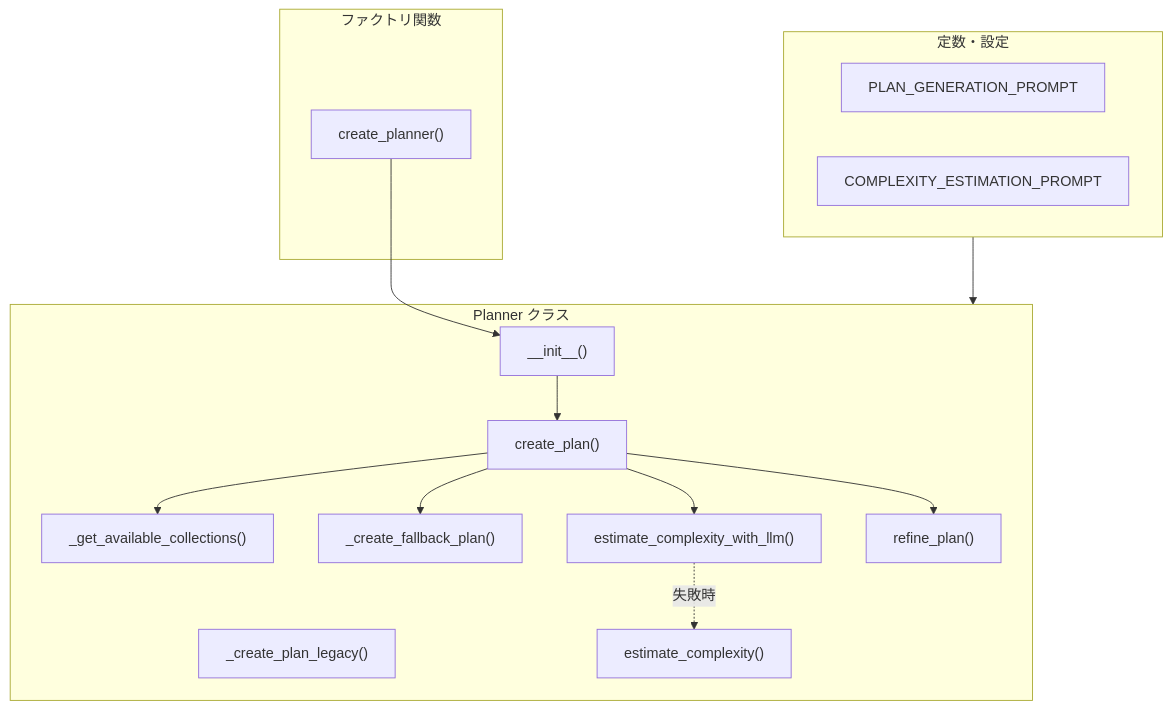
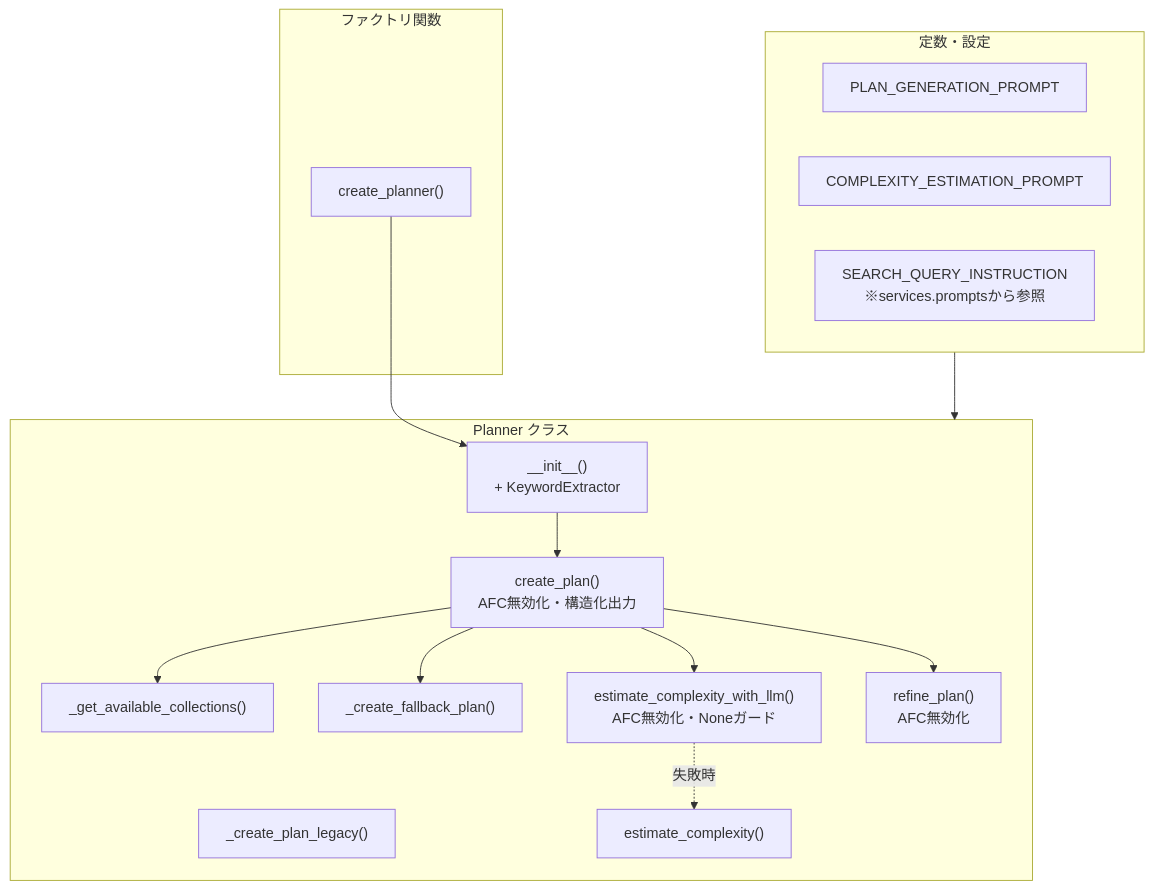
The second of 3 diagrams in grace/doc/planner.md (nakashima2toshio/gemini_grace_agent), drawn with Mermaid before and after one commit. The commit also changed other lines of this file and 26 other files, not shown here.

````diff
--- a/grace/doc/planner.md
+++ b/grace/doc/planner.md
@@ -116,31 +127,32 @@
 ```mermaid
 flowchart TB
     subgraph CONST["定数・設定"]
         PROMPT[PLAN_GENERATION_PROMPT]
         COMPLEXITY[COMPLEXITY_ESTIMATION_PROMPT]
+        SEARCH_INST[SEARCH_QUERY_INSTRUCTION\n※services.promptsから参照]
     end
 
     subgraph PLANNER["Planner クラス"]
-        INIT["__init__()"]
-        CREATE["create_plan()"]
+        INIT["__init__()\n+ KeywordExtractor"]
+        CREATE["create_plan()\nAFC無効化・構造化出力"]
         LEGACY["_create_plan_legacy()"]
         GET_COLL["_get_available_collections()"]
         FALLBACK["_create_fallback_plan()"]
         EST["estimate_complexity()"]
-        EST_LLM["estimate_complexity_with_llm()"]
-        REFINE["refine_plan()"]
+        EST_LLM["estimate_complexity_with_llm()\nAFC無効化・Noneガード"]
+        REFINE["refine_plan()\nAFC無効化"]
     end
 
     subgraph FACTORY_GRP["ファクトリ関数"]
         CREATE_P["create_planner()"]
     end
 
     CONST --> PLANNER
     CREATE_P --> INIT
     INIT --> CREATE
     CREATE --> EST_LLM
     CREATE --> GET_COLL
     CREATE --> FALLBACK
     EST_LLM -.->|失敗時| EST
     CREATE --> REFINE
 ```
````
